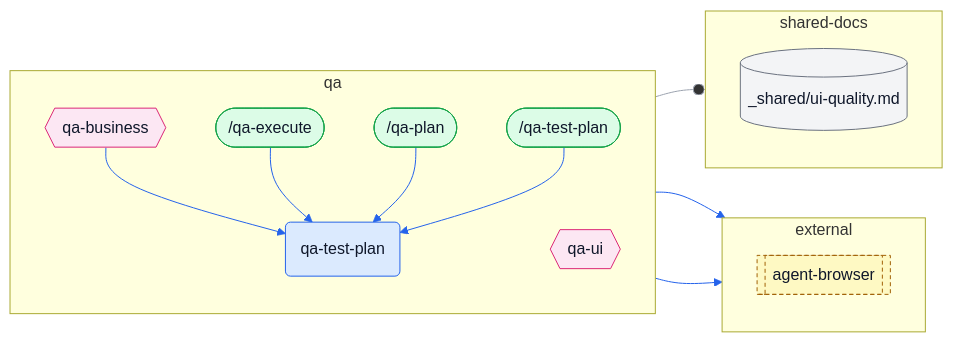
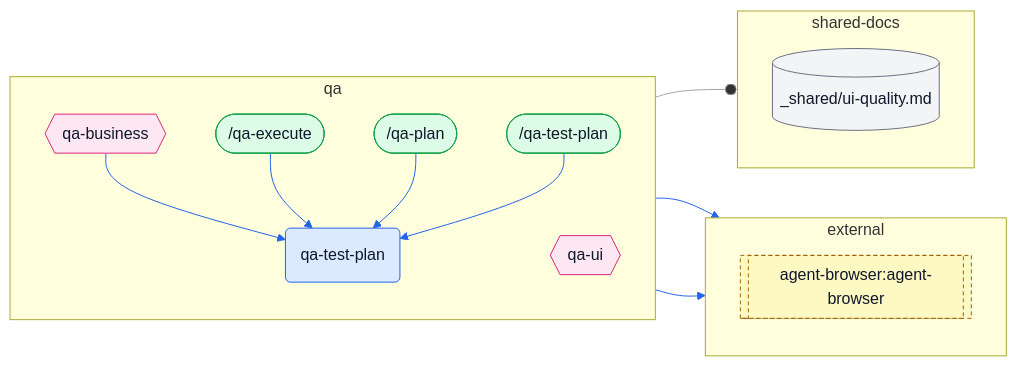
The sixth of 10 diagrams in docs/skills-map.md (ybarsotti/dotfiles), drawn with Mermaid before and after one commit. The commit also changed other lines of this file and 2 other files, not shown here.

````diff
--- a/docs/skills-map.md
+++ b/docs/skills-map.md
@@ -531,40 +520,40 @@
 ```mermaid
 flowchart LR
   subgraph cl_external["external"]
     direction TB
-    x_agent_browser[["agent-browser"]]:::external
+    x_agent_browser_agent_browser[["agent-browser:agent-browser"]]:::external
   end
   subgraph cl_qa["qa"]
     direction TB
     c_qa_execute(["/qa-execute"]):::command
     c_qa_plan(["/qa-plan"]):::command
     c_qa_test_plan(["/qa-test-plan"]):::command
     s_qa_test_plan("qa-test-plan"):::skill
     a_qa_business{{"qa-business"}}:::agent
     a_qa_ui{{"qa-ui"}}:::agent
   end
   subgraph cl_shared_docs["shared-docs"]
     direction TB
     d_ui_quality[("_shared/ui-quality.md")]:::shared
   end
   a_qa_business --> s_qa_test_plan
-  a_qa_business --> x_agent_browser
+  a_qa_business --> x_agent_browser_agent_browser
   a_qa_ui --o d_ui_quality
-  a_qa_ui --> x_agent_browser
+  a_qa_ui --> x_agent_browser_agent_browser
   c_qa_execute --> s_qa_test_plan
   c_qa_plan --> s_qa_test_plan
   c_qa_test_plan --> s_qa_test_plan
   linkStyle 0 stroke:#2563eb
   linkStyle 1 stroke:#2563eb
   linkStyle 2 stroke:#9ca3af
   linkStyle 3 stroke:#2563eb
   linkStyle 4 stroke:#2563eb
   linkStyle 5 stroke:#2563eb
   linkStyle 6 stroke:#2563eb
   classDef skill fill:#dbeafe,stroke:#2563eb,color:#0f172a
   classDef command fill:#dcfce7,stroke:#16a34a,color:#0f172a
   classDef agent fill:#fce7f3,stroke:#db2777,color:#0f172a
   classDef shared fill:#f3f4f6,stroke:#6b7280,color:#0f172a
   classDef external fill:#fef9c3,stroke:#a16207,color:#0f172a,stroke-dasharray:4 3
   classDef step fill:#ffffff,stroke:#6b7280,color:#0f172a,stroke-dasharray:2 2
 ```
````
